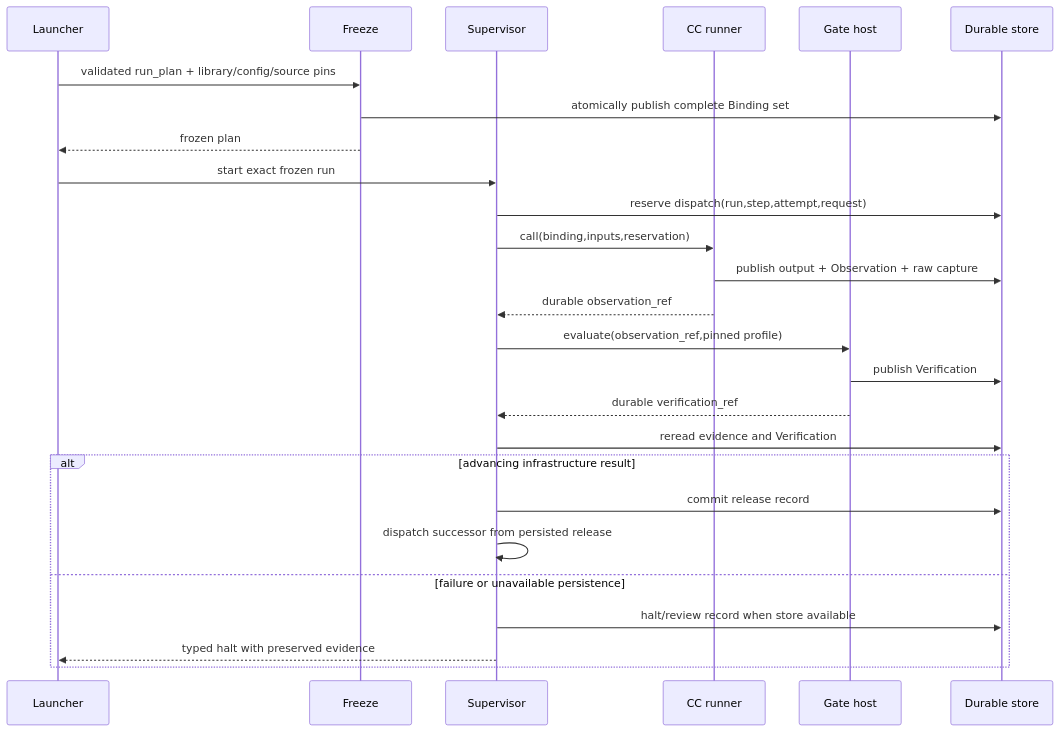
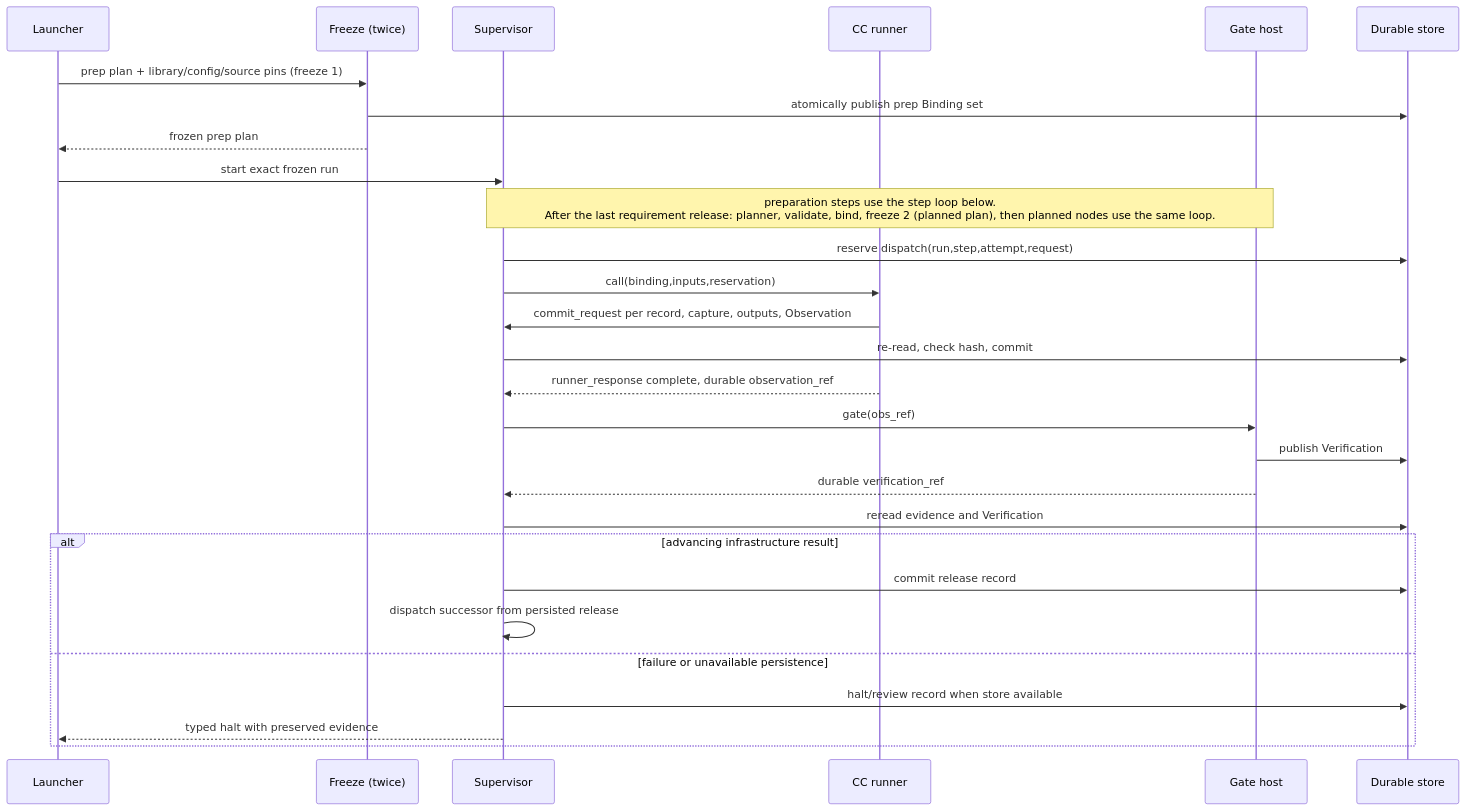
The diagram in docs/architecture/system/nodes.md (Stellven/jiuwenswarm), drawn with Mermaid before and after one commit. The commit also changed other lines of this file and 324 other files, not shown here.

First line of the commit message:
Reorganize architecture library into one thin, current M1 design

````diff
--- a/docs/architecture/system/nodes.md
+++ b/docs/architecture/system/nodes.md
@@ -29,28 +64,30 @@
 ```mermaid
 sequenceDiagram
     participant L as Launcher
-    participant F as Freeze
+    participant F as Freeze (twice)
     participant S as Supervisor
     participant R as CC runner
     participant G as Gate host
     participant D as Durable store
-    L->>F: validated run_plan + library/config/source pins
-    F->>D: atomically publish complete Binding set
-    F-->>L: frozen plan
+    L->>F: prep plan + library/config/source pins (freeze 1)
+    F->>D: atomically publish prep Binding set
+    F-->>L: frozen prep plan
     L->>S: start exact frozen run
+    Note over S,G: preparation steps use the step loop below.<br/>After the last requirement release: planner, validate, bind, freeze 2 (planned plan), then planned nodes use the same loop.
     S->>D: reserve dispatch(run,step,attempt,request)
     S->>R: call(binding,inputs,reservation)
-    R->>D: publish output + Observation + raw capture
-    R-->>S: durable observation_ref
-    S->>G: evaluate(observation_ref,pinned profile)
+    R->>S: commit_request per record, capture, outputs, Observation
+    S->>D: re-read, check hash, commit
+    R-->>S: runner_response complete, durable observation_ref
+    S->>G: gate(obs_ref)
     G->>D: publish Verification
     G-->>S: durable verification_ref
     S->>D: reread evidence and Verification
     alt advancing infrastructure result
         S->>D: commit release record
         S->>S: dispatch successor from persisted release
     else failure or unavailable persistence
         S->>D: halt/review record when store available
         S-->>L: typed halt with preserved evidence
     end
 ```
````
